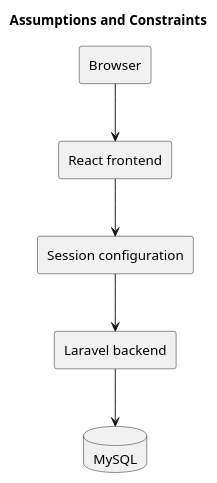
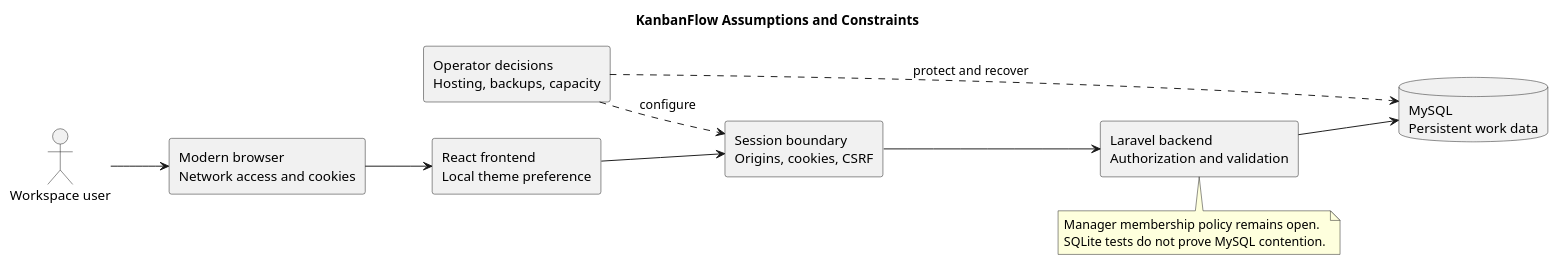
Before and after one commit to Farhad-Valizadegan/Web-KanbanFlow: the diagram in docs/Project-Definition/diagrams/assumptions-and-constraints.puml, drawn with PlantUML. The commit also changed 2 other files, not shown here.

Commit message:
docs: complete assumptions and constraints with updated diagram

```diff
--- a/docs/Project-Definition/diagrams/assumptions-and-constraints.puml
+++ b/docs/Project-Definition/diagrams/assumptions-and-constraints.puml
@@ -1,12 +1,22 @@
 @startuml
-title Assumptions and Constraints
-rectangle Browser as B
-rectangle "React frontend" as F
-rectangle "Session configuration" as S
-rectangle "Laravel backend" as L
-database MySQL as M
-B --> F
-F --> S
-S --> L
-L --> M
+title KanbanFlow Assumptions and Constraints
+left to right direction
+actor "Workspace user" as User
+rectangle "Modern browser\nNetwork access and cookies" as Browser
+rectangle "React frontend\nLocal theme preference" as Frontend
+rectangle "Session boundary\nOrigins, cookies, CSRF" as Session
+rectangle "Laravel backend\nAuthorization and validation" as Backend
+database "MySQL\nPersistent work data" as Database
+rectangle "Operator decisions\nHosting, backups, capacity" as Ops
+User --> Browser
+Browser --> Frontend
+Frontend --> Session
+Session --> Backend
+Backend --> Database
+Ops ..> Session : configure
+Ops ..> Database : protect and recover
+note bottom of Backend
+Manager membership policy remains open.
+SQLite tests do not prove MySQL contention.
+end note
 @enduml
```
